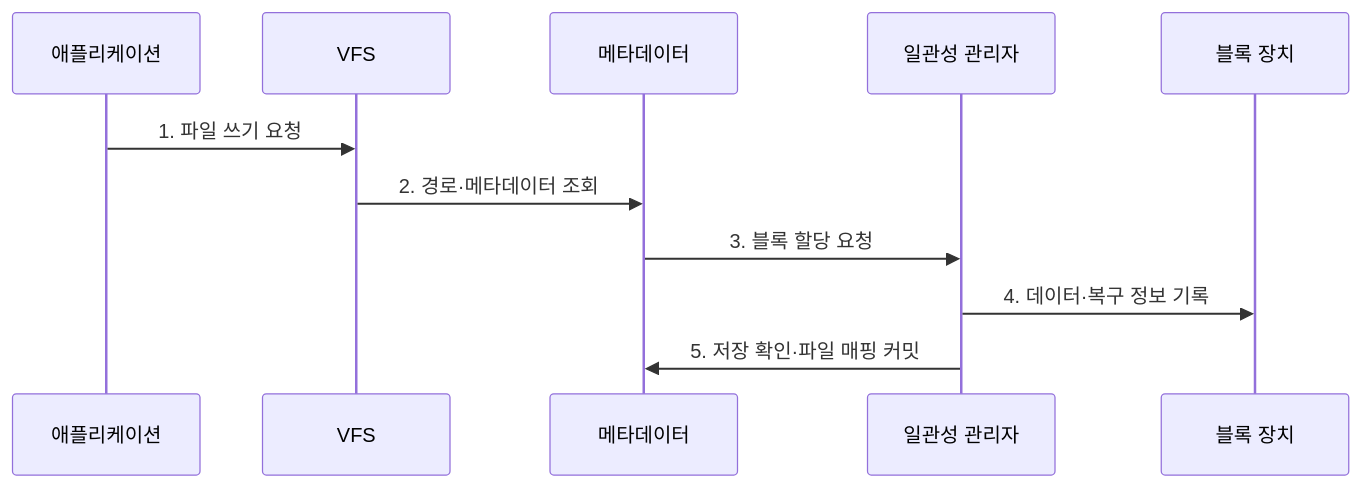
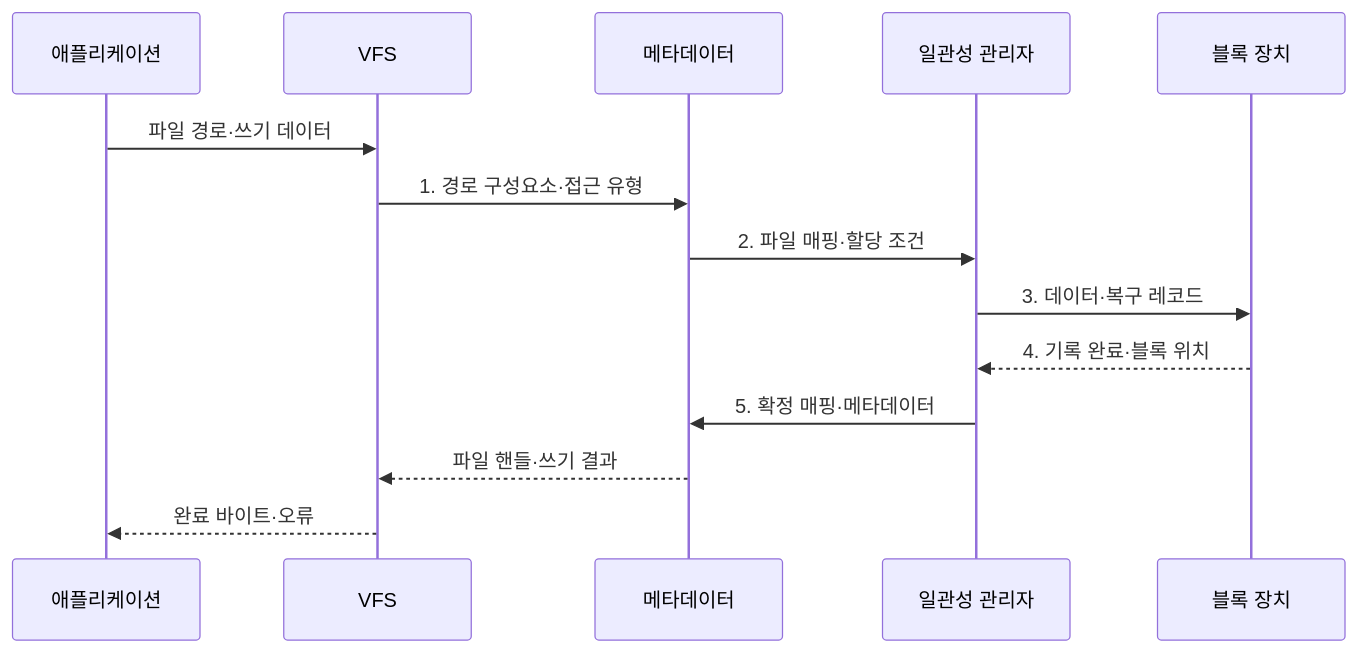
One commit to agnusdei1207/knowledge-base changed the second of 2 diagrams in src/content/docs/notes/03-software/020_file_system.md. Above: the diagram before and after it, drawn with Mermaid. The commit also changed other lines of this file and 20 other files, not shown here.

````diff
--- a/src/content/docs/notes/03-software/020_file_system.md
+++ b/src/content/docs/notes/03-software/020_file_system.md
@@ -94,13 +98,16 @@
 ```mermaid
 sequenceDiagram
     participant A as 애플리케이션
     participant V as VFS
     participant M as 메타데이터
     participant C as 일관성 관리자
     participant D as 블록 장치
-    A->>V: 1. 파일 쓰기 요청
-    V->>M: 2. 경로·메타데이터 조회
-    M->>C: 3. 블록 할당 요청
-    C->>D: 4. 데이터·복구 정보 기록
-    C->>M: 5. 저장 확인·파일 매핑 커밋
+    A->>V: 파일 경로·쓰기 데이터
+    V->>M: 1. 경로 구성요소·접근 유형
+    M->>C: 2. 파일 매핑·할당 조건
+    C->>D: 3. 데이터·복구 레코드
+    D-->>C: 4. 기록 완료·블록 위치
+    C->>M: 5. 확정 매핑·메타데이터
+    M-->>V: 파일 핸들·쓰기 결과
+    V-->>A: 완료 바이트·오류
 ```
````
